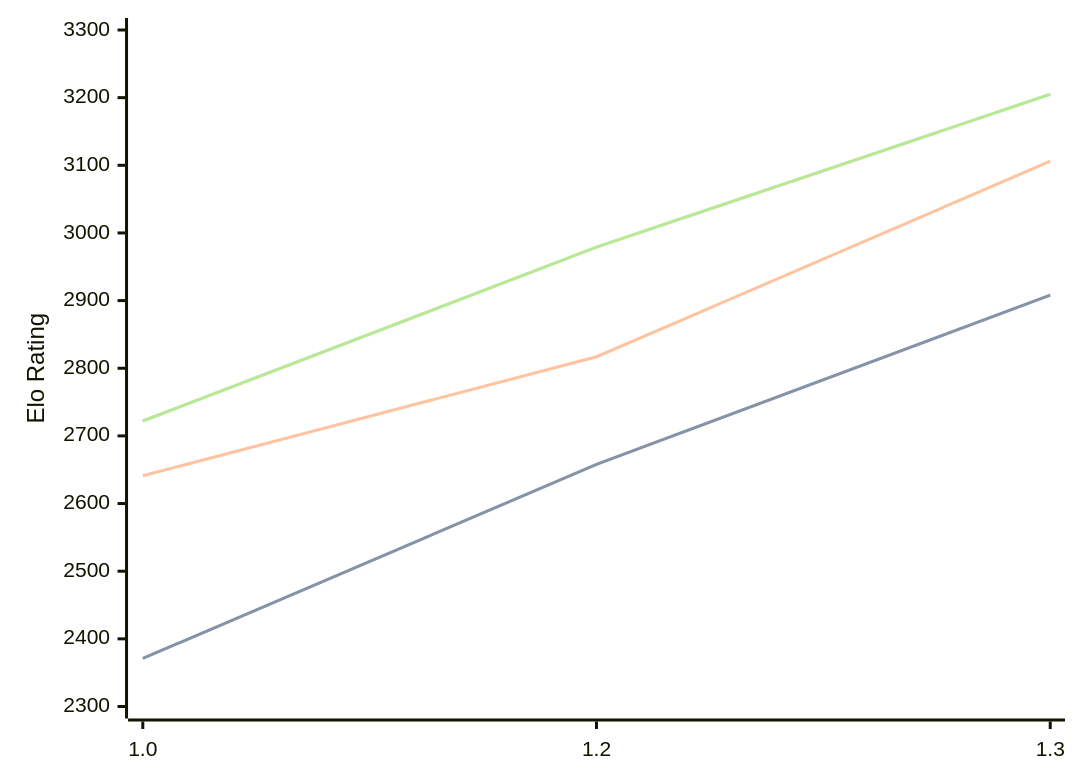
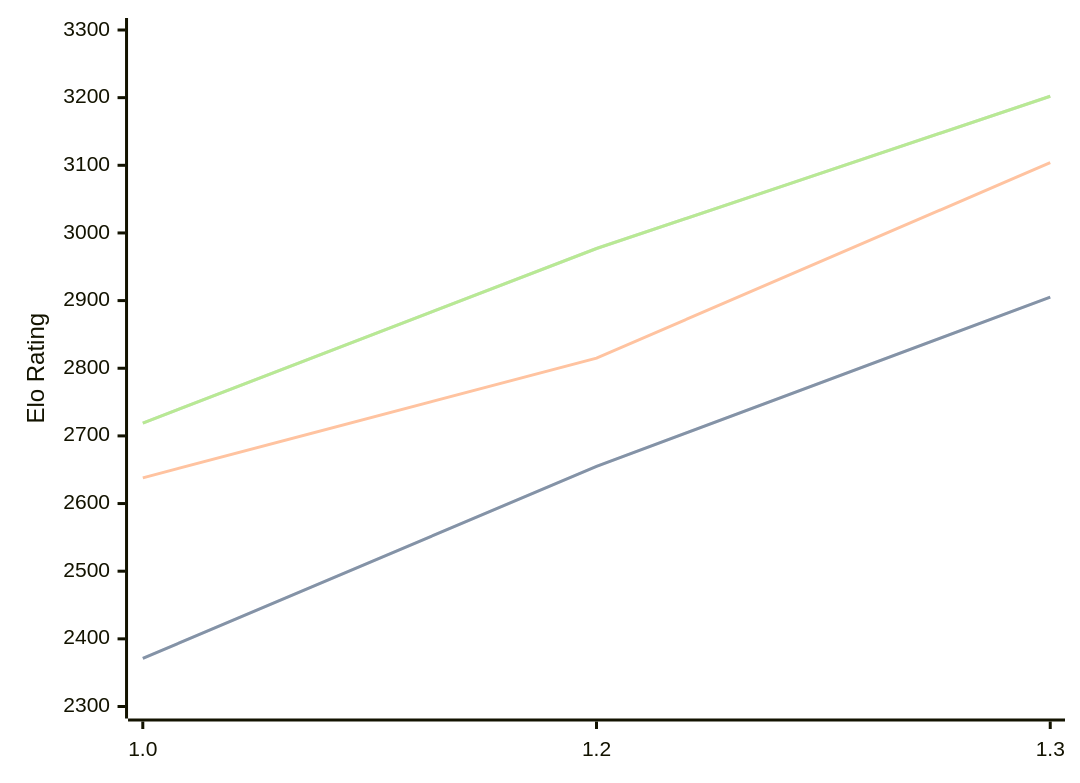
The diagram in engines/Chessnix.md (computer-chess-index/cci), drawn with Mermaid before and after one commit. The commit also changed other lines of this file, not shown here.

Commit message:
Update CCI Ratings (ELO VLTC) - 2026-04-23

````diff
--- a/engines/Chessnix.md
+++ b/engines/Chessnix.md
@@ -35,11 +35,11 @@
 ```mermaid
 %%{init: {"theme":"base","themeVariables":{"seriesColors:['#a3a3a3','#222221','#faa371']}}}%%
 xychart-beta
   x-axis ["1.0", "1.2", "1.3"]
   y-axis "Elo Rating" 2300 --> 3300
-  line "STC (8.0+0.08s)" [2371, 2658, 2908]
-  line "STC (8.0+0.08s)" [2371, 2658, 2908]
-  line "LTC (60.0+0.60s)" [2641, 2817, 3106]
-  line "VLTC (2m24s+1.12s)" [2722, 2979, 3205]
-  line "VLTC (2m24s+1.12s)" [2722, 2979, 3205]
+  line "STC (8.0+0.08s)" [2371, 2655, 2905]
+  line "STC (8.0+0.08s)" [2371, 2655, 2905]
+  line "LTC (60.0+0.60s)" [2638, 2815, 3104]
+  line "VLTC (2m24s+1.12s)" [2719, 2977, 3202]
+  line "VLTC (2m24s+1.12s)" [2719, 2977, 3202]
 ```
````
